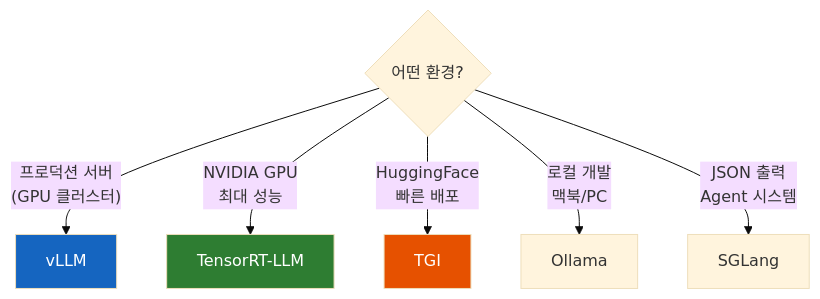
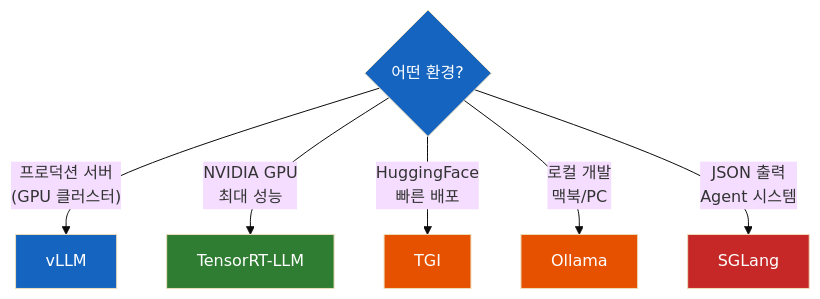
One commit to sskim91/TIL changed the sixth of 7 diagrams in ai/vLLM-GPU-위의-LLM은-누가-서빙하는가.md. Above: the diagram before and after it, drawn with Mermaid (base theme). The commit also changed other lines of this file, not shown here.

First line of the commit message:
📝 Improve vLLM TIL diagram styles and transitions

````diff
--- a/ai/vLLM-GPU-위의-LLM은-누가-서빙하는가.md
+++ b/ai/vLLM-GPU-위의-LLM은-누가-서빙하는가.md
@@ -308,13 +320,16 @@
 ```mermaid
 flowchart TB
     A{"어떤 환경?"}
     A -->|"프로덕션 서버<br>(GPU 클러스터)"| B["vLLM"]
     A -->|"NVIDIA GPU<br>최대 성능"| C["TensorRT-LLM"]
     A -->|"HuggingFace<br>빠른 배포"| D["TGI"]
     A -->|"로컬 개발<br>맥북/PC"| E["Ollama"]
     A -->|"JSON 출력<br>Agent 시스템"| F["SGLang"]
 
+    style A fill:#1565C0,color:#fff
     style B fill:#1565C0,color:#fff
     style C fill:#2E7D32,color:#fff
     style D fill:#E65100,color:#fff
+    style E fill:#E65100,color:#fff
+    style F fill:#C62828,color:#fff
 ```
````
